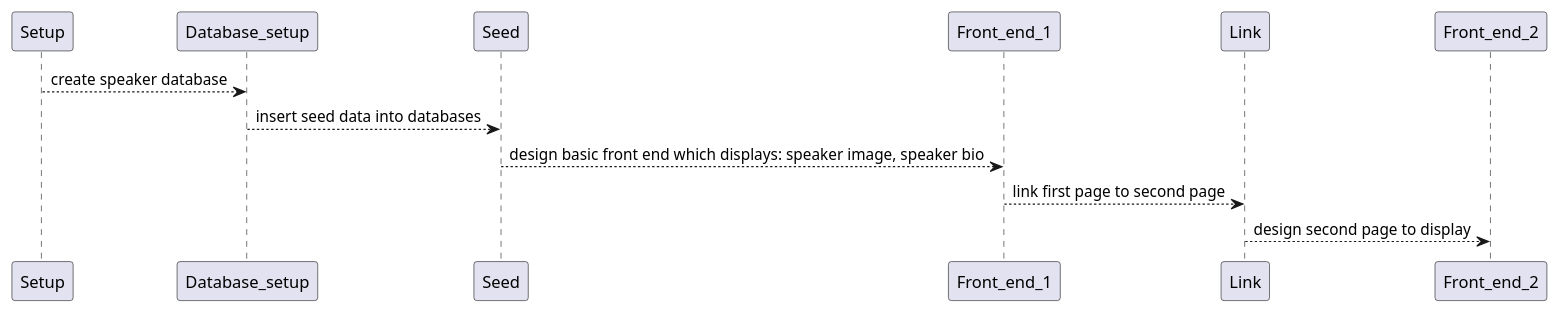
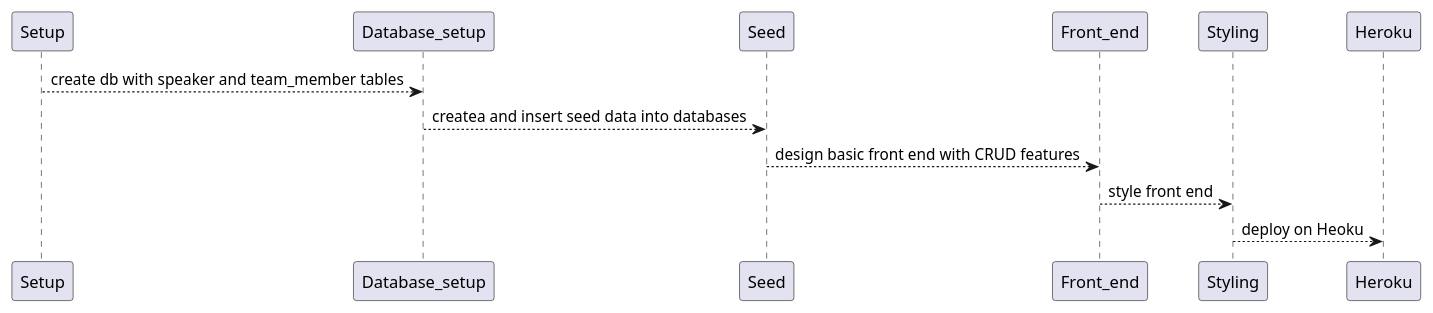
Before and after one commit to vmarsterson/speaker_monitor: the diagram in plantuml/project_plan.plantuml, drawn with PlantUML. The commit also changed 13 other files, not shown here.

```diff
--- a/plantuml/project_plan.plantuml
+++ b/plantuml/project_plan.plantuml
@@ -1,7 +1,7 @@
 @startuml activity
-    Setup --> Database_setup : create speaker database
-    Database_setup --> Seed : insert seed data into databases
-    Seed --> Front_end_1 : design basic front end which displays: speaker image, speaker bio
-    Front_end_1 --> Link : link first page to second page
-    Link --> Front_end_2 : design second page to display
+    Setup --> Database_setup : create db with speaker and team_member tables
+    Database_setup --> Seed : createa and insert seed data into databases
+    Seed --> Front_end : design basic front end with CRUD features
+    Front_end --> Styling : style front end
+    Styling --> Heroku : deploy on Heoku
 @enduml
```
